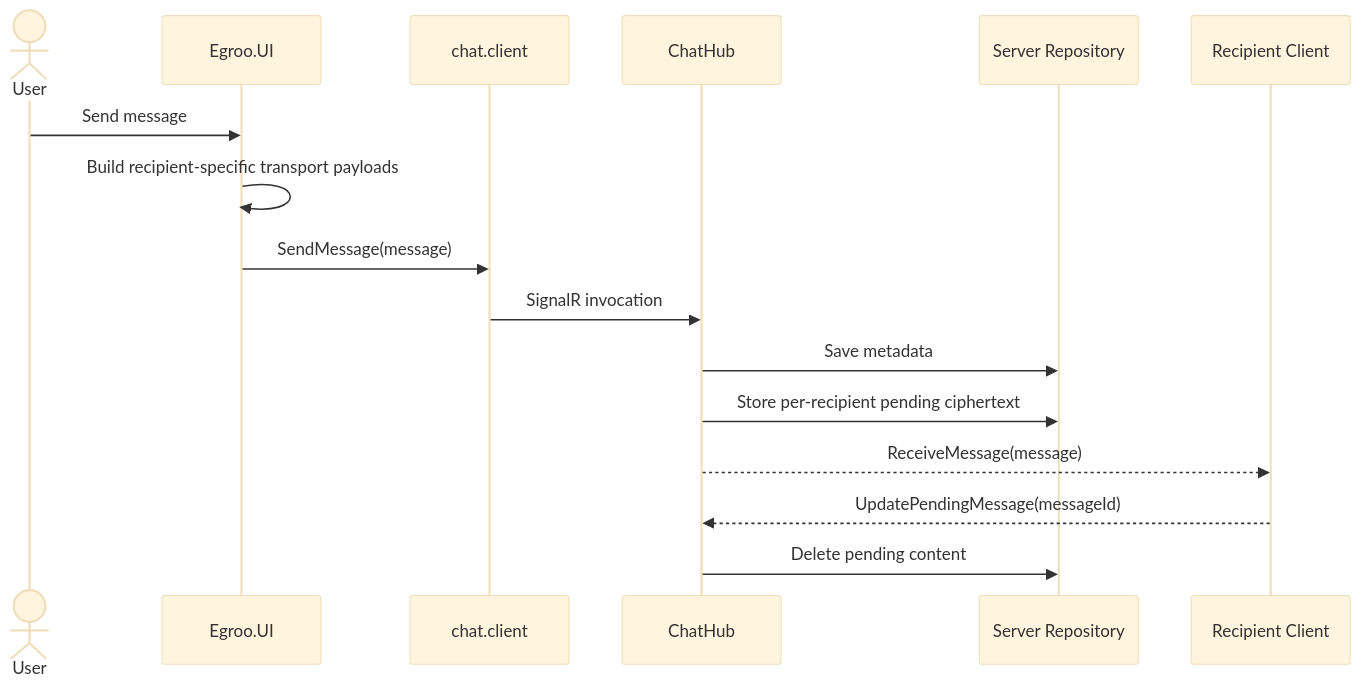
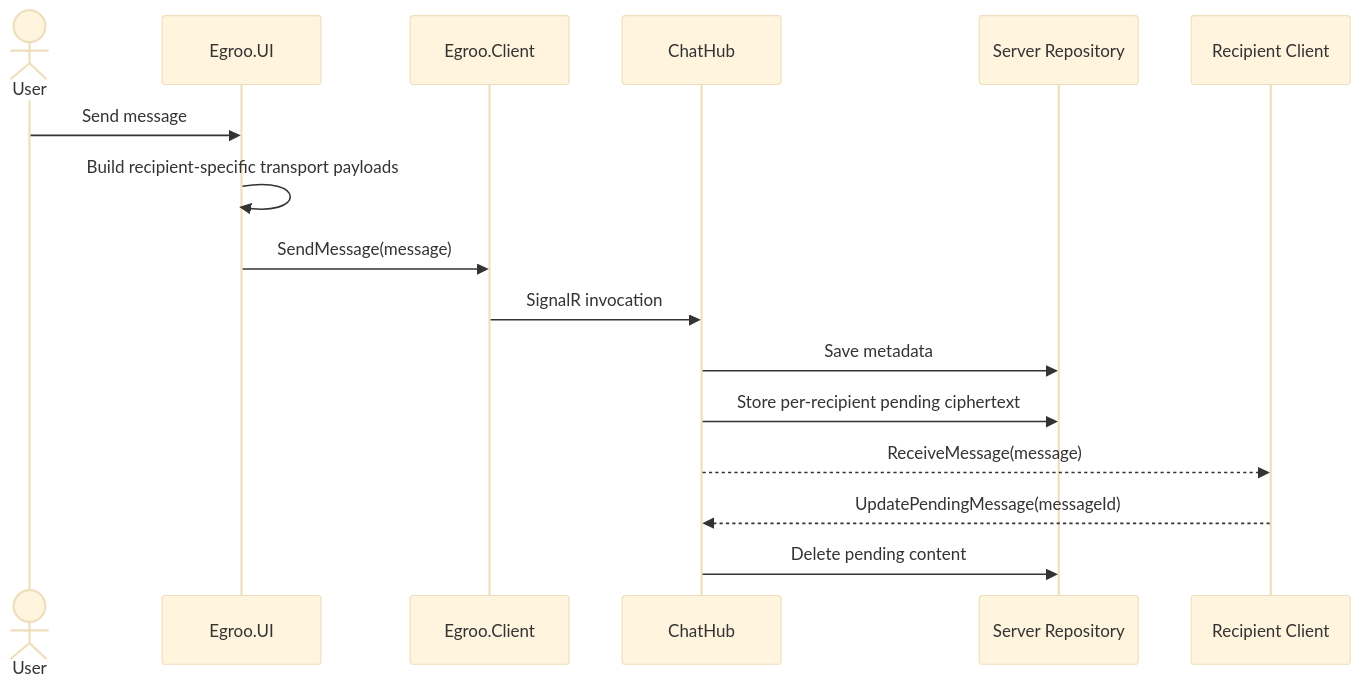
One commit to jihadkhawaja/Egroo changed the third of 5 diagrams in wiki/Architecture.md. Above: the diagram before and after it, drawn with Mermaid (base theme). The commit also changed other lines of this file and 265 other files, not shown here.

````diff
--- a/wiki/Architecture.md
+++ b/wiki/Architecture.md
@@ -127,19 +125,19 @@
 ```mermaid
 sequenceDiagram
     actor User
     participant UI as Egroo.UI
-    participant Client as chat.client
+    participant Client as Egroo.Client
     participant Hub as ChatHub
     participant Repo as Server Repository
     participant Recipient as Recipient Client
 
     User->>UI: Send message
     UI->>UI: Build recipient-specific transport payloads
     UI->>Client: SendMessage(message)
     Client->>Hub: SignalR invocation
     Hub->>Repo: Save metadata
     Hub->>Repo: Store per-recipient pending ciphertext
     Hub-->>Recipient: ReceiveMessage(message)
     Recipient-->>Hub: UpdatePendingMessage(messageId)
     Hub->>Repo: Delete pending content
 ```
````
